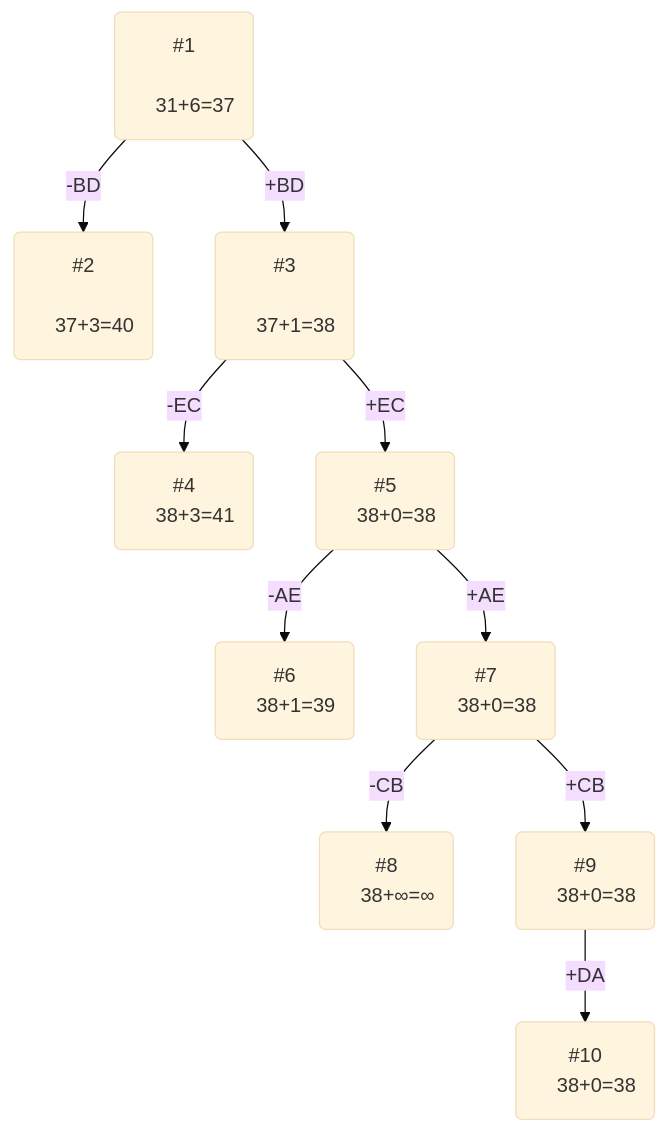
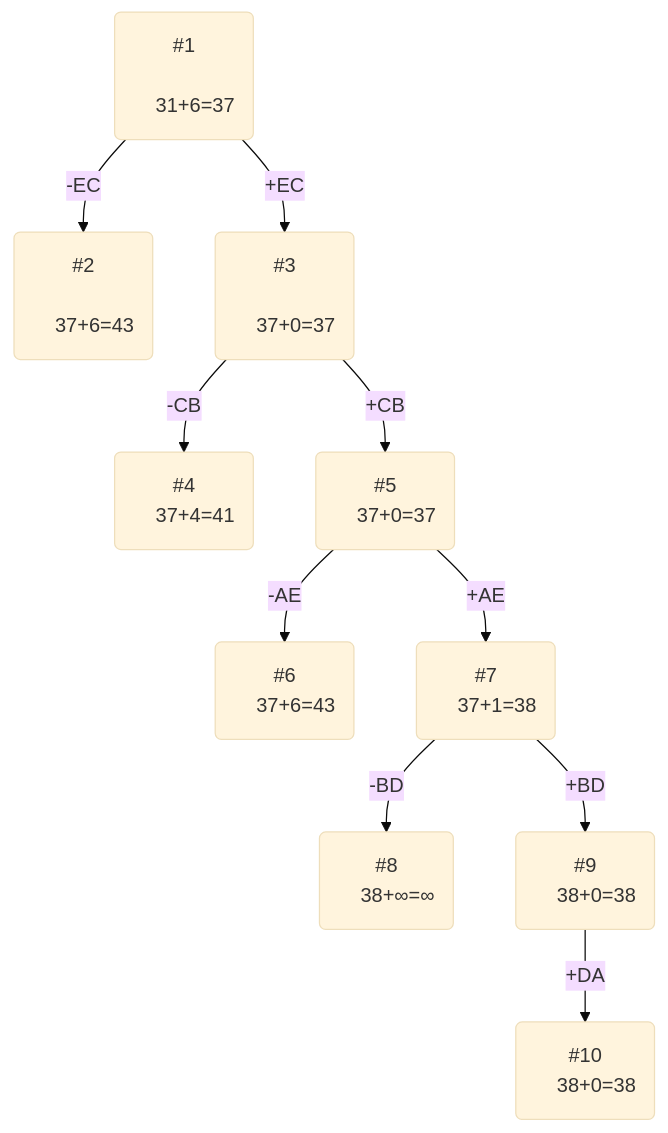
One commit to hse-algo-24-crow/manual-tasks-crow changed the diagram in task-12/imposters.md. Above: the diagram before and after it, drawn with Mermaid (base theme). The commit also changed other lines of this file, not shown here.

````diff
--- a/task-12/imposters.md
+++ b/task-12/imposters.md
@@ -86,27 +86,27 @@
 ```mermaid
 
 graph TB
 
     1(#1
 
-    31+6=37)-->|+BD|3(#3
+    31+6=37)-->|+EC|3(#3
 
-    37+1=38)-->|-EC|4(#4
-    38+3=41)
+    37+0=37)-->|-CB|4(#4
+    37+4=41)
     
-    3-->|+EC|5(#5
-    38+0=38)-->|-AE|6(#6
-    38+1=39)
+    3-->|+CB|5(#5
+    37+0=37)-->|-AE|6(#6
+    37+6=43)
     5-->|+AE|7(#7
-    38+0=38)-->|-CB|8(#8
+    37+1=38)-->|-BD|8(#8
     38+∞=∞)
-    7-->|+CB|9(#9
+    7-->|+BD|9(#9
     38+0=38)-->|+DA|10(#10
     38+0=38)
 
-    1-->|-BD|2(#2
+    1-->|-EC|2(#2
 
-    37+3=40)
+    37+6=43)
    
 
 ```
````
